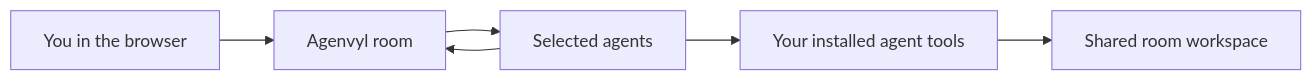
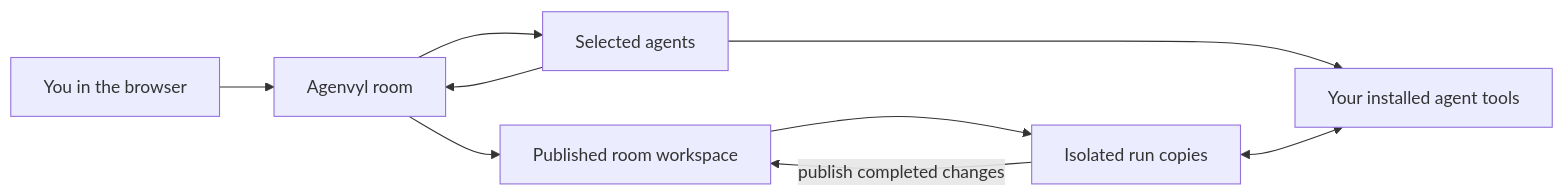
Before and after one commit to riffi/agenvyl: the first of 4 diagrams in docs/architecture/overview.md, drawn with Mermaid. The commit also changed other lines of this file and 7 other files, not shown here.

````diff
--- a/docs/architecture/overview.md
+++ b/docs/architecture/overview.md
@@ -14,8 +14,11 @@
 ```mermaid
 flowchart LR
   User[You in the browser] --> Room[Agenvyl room]
   Room --> Agents[Selected agents]
   Agents --> Tools[Your installed agent tools]
-  Tools --> Files[Shared room workspace]
+  Room --> Files[Published room workspace]
+  Files --> Copies[Isolated run copies]
+  Copies <--> Tools
+  Copies -->|publish completed changes| Files
   Agents --> Room
 ```
````
